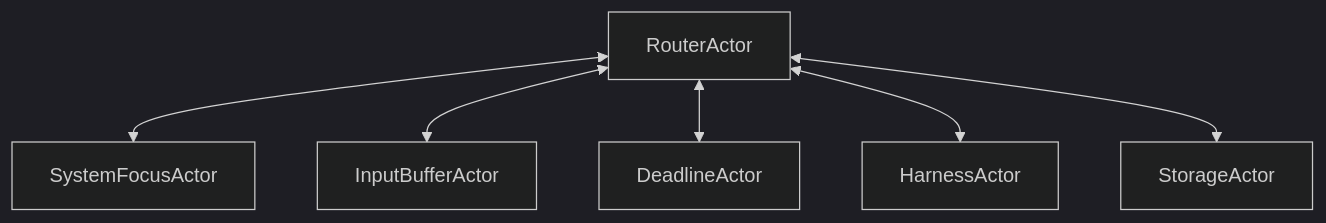
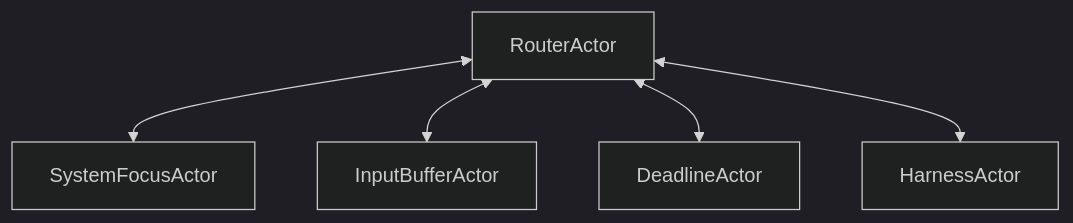
The sixth of 7 diagrams in reports/operator/8-persona-system-repo-plan.md (LiGoldragon/primary), drawn with Mermaid (dark theme) before and after one commit. The commit also changed other lines of this file, not shown here.

````diff
--- a/reports/operator/8-persona-system-repo-plan.md
+++ b/reports/operator/8-persona-system-repo-plan.md
@@ -133,15 +156,13 @@
 ```mermaid
 flowchart TB
     router[RouterActor]
     focus[SystemFocusActor]
     input[InputBufferActor]
     deadline[DeadlineActor]
     harness[HarnessActor]
-    store[StorageActor]
 
     router <--> focus
     router <--> input
     router <--> deadline
     router <--> harness
-    router <--> store
 ```
````
